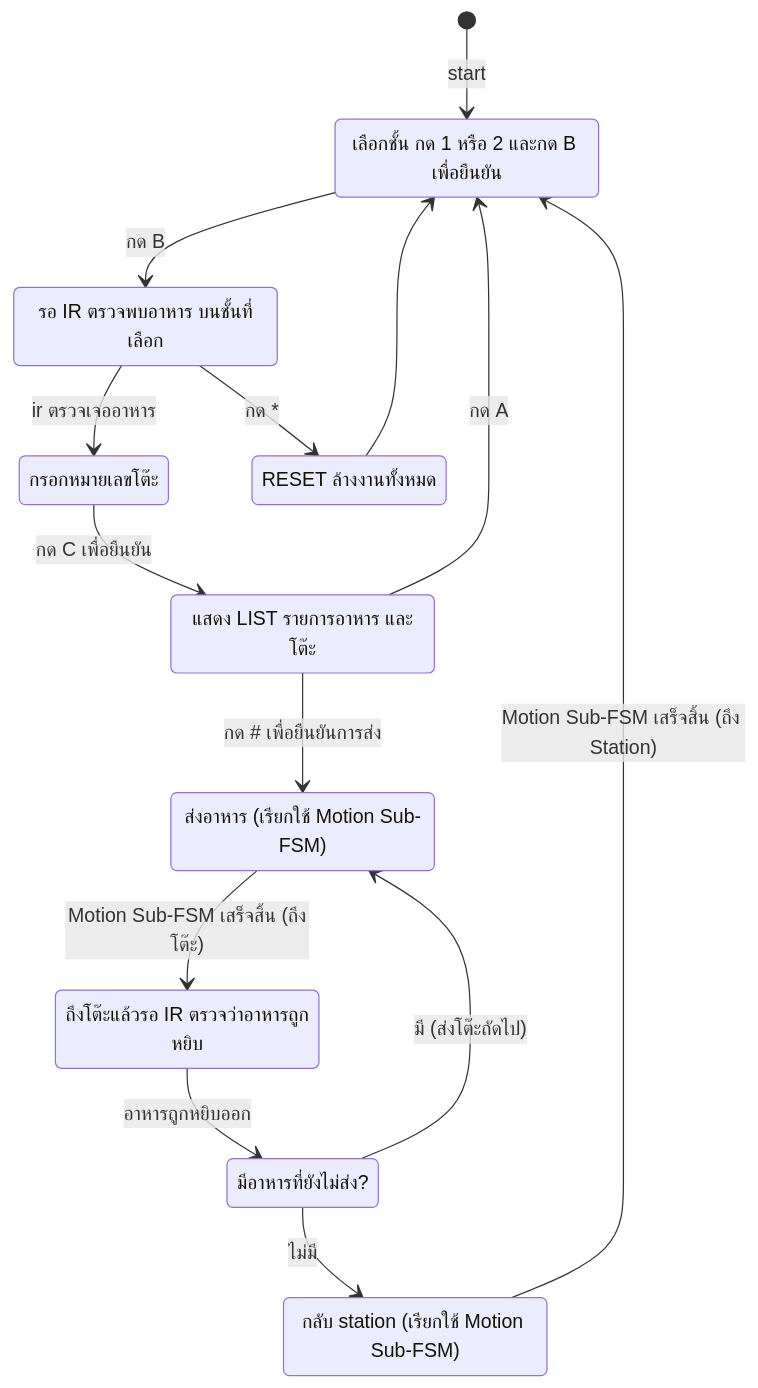
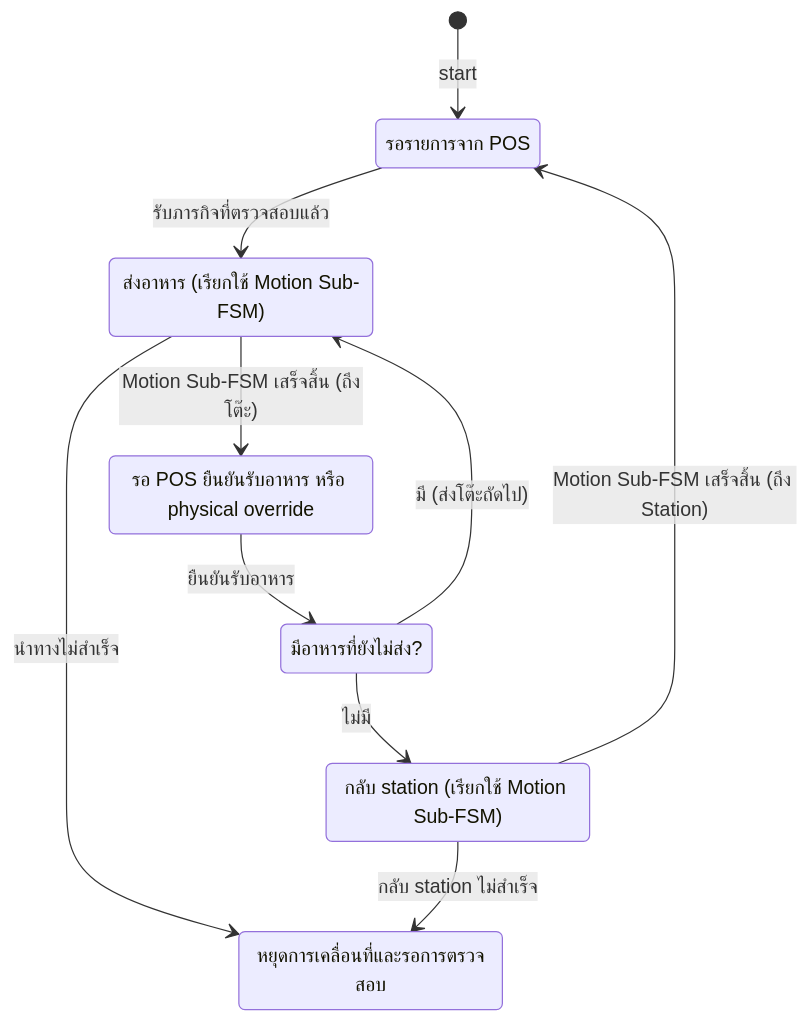
One commit to AungpaoK/EmbeddedProj changed the first of 2 diagrams in docs/FSM.md. Above: the diagram before and after it, drawn with Mermaid. The commit also changed other lines of this file and 29 other files, not shown here.

````diff
--- a/docs/FSM.md
+++ b/docs/FSM.md
@@ -5,27 +11,20 @@
 ```mermaid
 stateDiagram-v2
-    [*] --> SelectFloor: start
+    [*] --> WaitForPOS: start
 
-    SelectFloor: เลือกชั้น กด 1 หรือ 2 และกด B เพื่อยืนยัน
-    WaitForIR: รอ IR ตรวจพบอาหาร บนชั้นที่เลือก
-    EnterTable: กรอกหมายเลขโต๊ะ
-    ShowList: แสดง LIST รายการอาหาร และโต๊ะ
-    ResetAll: RESET ล้างงานทั้งหมด
+    WaitForPOS: รอรายการจาก POS
     Delivering: ส่งอาหาร (เรียกใช้ Motion Sub-FSM)
-    WaitForPickup: ถึงโต๊ะแล้วรอ IR ตรวจว่าอาหารถูกหยิบ
+    WaitForPickup: รอ POS ยืนยันรับอาหาร หรือ physical override
     CheckRemaining: มีอาหารที่ยังไม่ส่ง?
     ReturnStation: กลับ station (เรียกใช้ Motion Sub-FSM)
+    Error: หยุดการเคลื่อนที่และรอการตรวจสอบ
 
-    SelectFloor --> WaitForIR: กด B
-    WaitForIR --> EnterTable: ir ตรวจเจออาหาร
-    WaitForIR --> ResetAll: กด *
-    ResetAll --> SelectFloor
-    EnterTable --> ShowList: กด C เพื่อยืนยัน
-    ShowList --> SelectFloor: กด A
-    ShowList --> Delivering: กด # เพื่อยืนยันการส่ง
+    WaitForPOS --> Delivering: รับภารกิจที่ตรวจสอบแล้ว
     Delivering --> WaitForPickup: Motion Sub-FSM เสร็จสิ้น (ถึงโต๊ะ)
-    WaitForPickup --> CheckRemaining: อาหารถูกหยิบออก
+    Delivering --> Error: นำทางไม่สำเร็จ
+    WaitForPickup --> CheckRemaining: ยืนยันรับอาหาร
     CheckRemaining --> Delivering: มี (ส่งโต๊ะถัดไป)
     CheckRemaining --> ReturnStation: ไม่มี
-    ReturnStation --> SelectFloor: Motion Sub-FSM เสร็จสิ้น (ถึง Station)
+    ReturnStation --> WaitForPOS: Motion Sub-FSM เสร็จสิ้น (ถึง Station)
+    ReturnStation --> Error: กลับ station ไม่สำเร็จ
 ```
````
